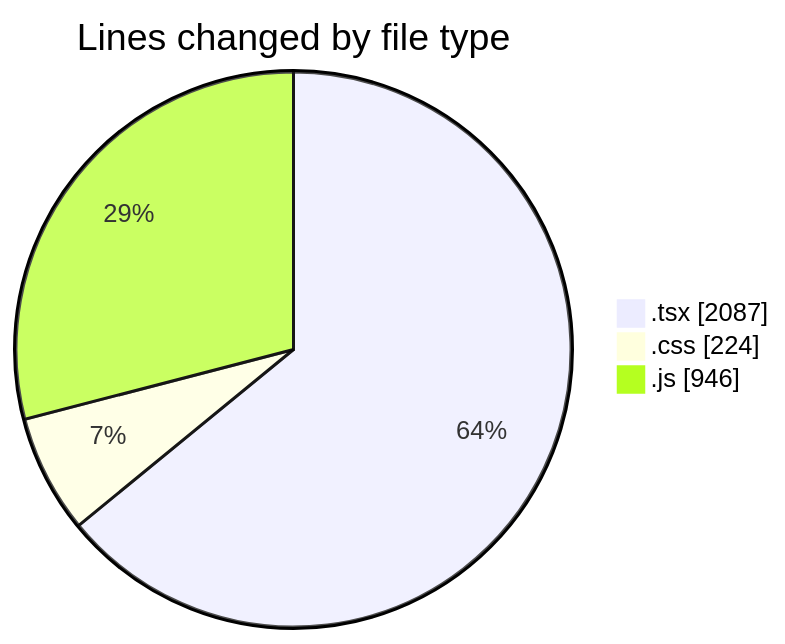
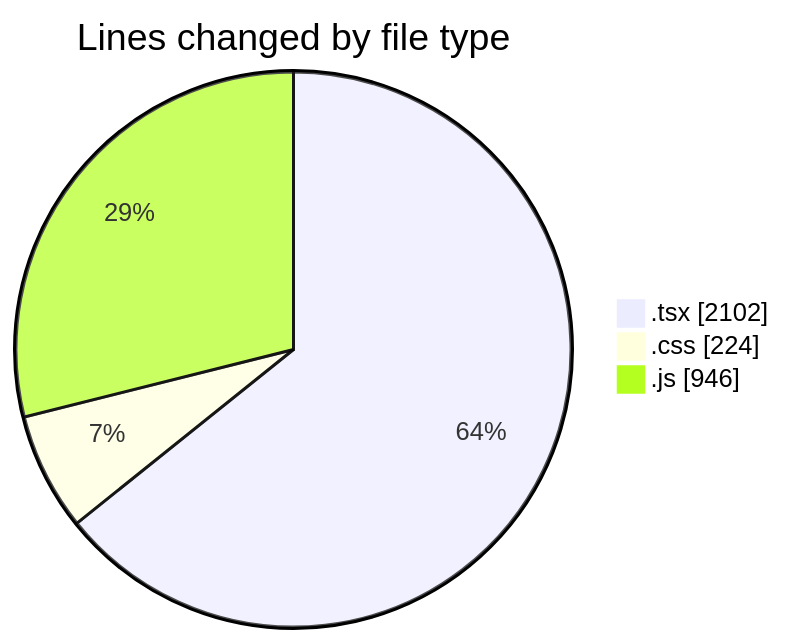
The first of 2 diagrams in 2025-04-22/indesign/README.md (Elitesun/code-tracking), drawn with Mermaid before and after one commit. The commit also changed other lines of this file and 1 other file, not shown here.

````diff
--- a/2025-04-22/indesign/README.md
+++ b/2025-04-22/indesign/README.md
@@ -35,7 +35,7 @@
 ```mermaid
 pie showData
 title Lines changed by file type
-".tsx" : 2087
+".tsx" : 2102
 ".css" : 224
 ".js" : 946
 ```
````
